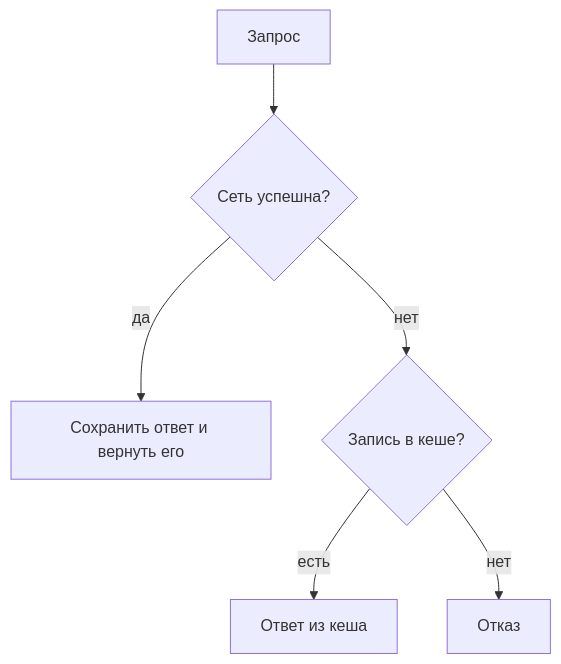
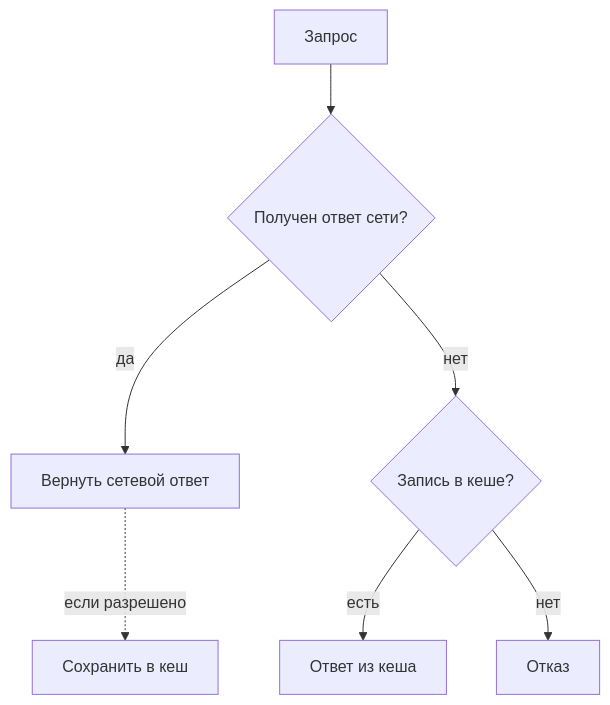
Before and after one commit to Cringe-Driven-Development-Team/docs: the eighth of 10 diagrams in site/modules/2/tracks/offline/theory.md, drawn with Mermaid. The commit also changed other lines of this file and 1 other file, not shown here.

Commit message:
docs(offline): отделить сетевой ответ от разрешения кешировать

````diff
--- a/site/modules/2/tracks/offline/theory.md
+++ b/site/modules/2/tracks/offline/theory.md
@@ -139,8 +145,9 @@
 ```mermaid
 flowchart TB
-  Q["Запрос"] --> N{"Сеть успешна?"}
-  N -->|"да"| Save["Сохранить ответ и вернуть его"]
+  Q["Запрос"] --> N{"Получен ответ сети?"}
+  N -->|"да"| Rnet["Вернуть сетевой ответ"]
+  Rnet -.->|"если разрешено"| Save["Сохранить в кеш"]
   N -->|"нет"| C{"Запись в кеше?"}
   C -->|"есть"| R["Ответ из кеша"]
   C -->|"нет"| E["Отказ"]
 ```
````
